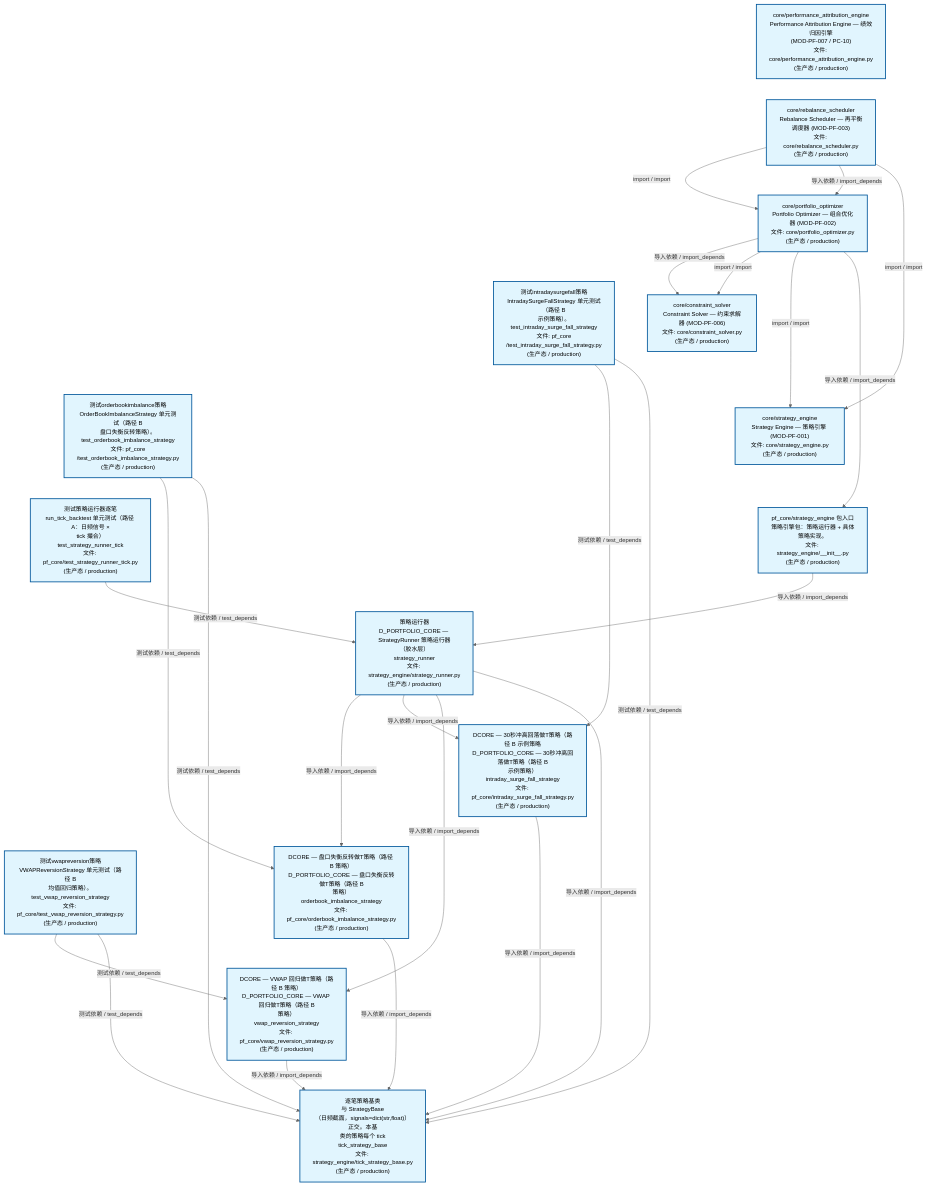
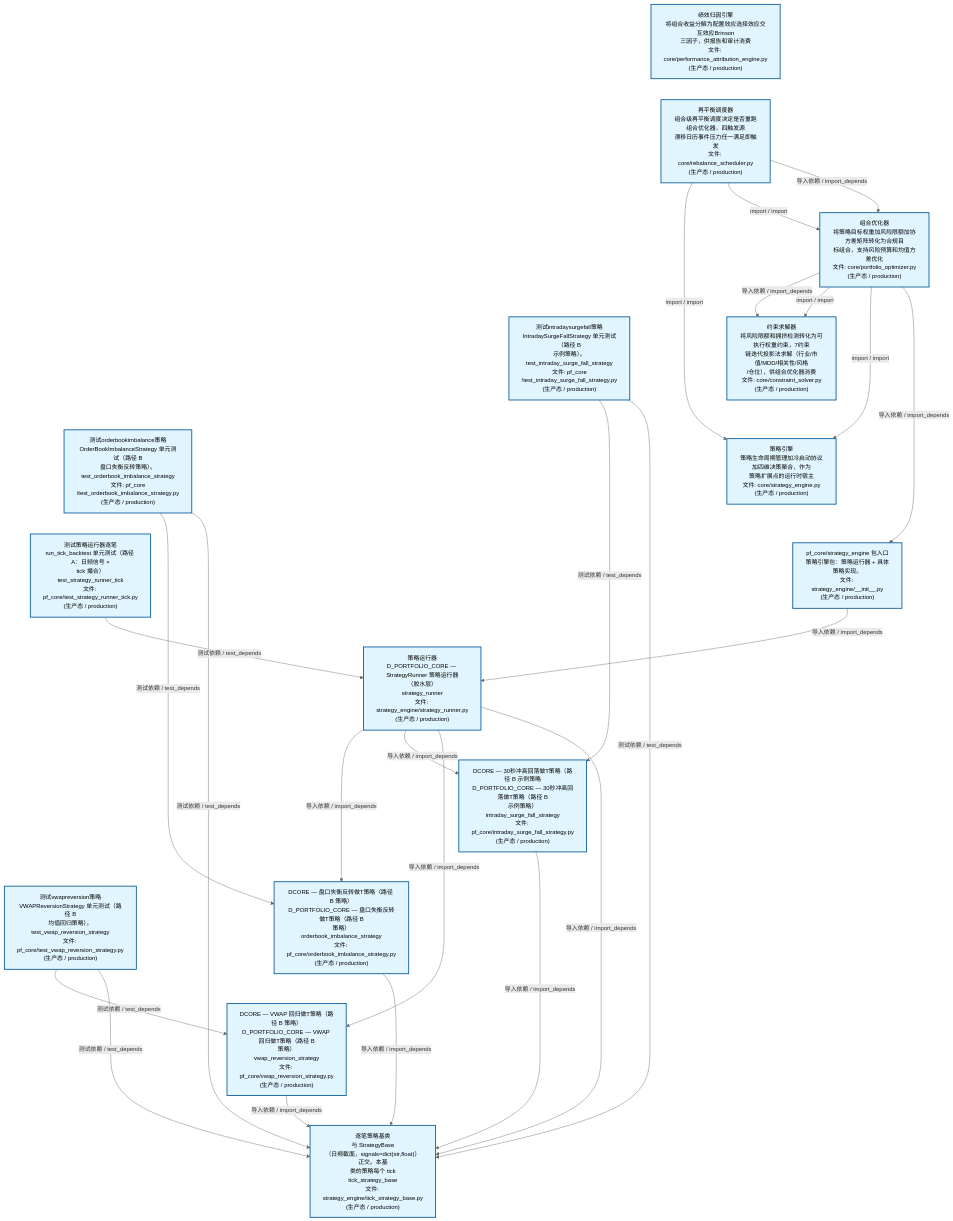
One commit to xuanFelixVan/ZephyrAlpha changed the second of 4 diagrams in docs/02_enterprise_architecture/02_domain_architecture_docs/63_d_pf_core.md. Above: the diagram before and after it, drawn with Mermaid. The commit also changed other lines of this file and 46 other files, not shown here.

````diff
--- a/docs/02_enterprise_architecture/02_domain_architecture_docs/63_d_pf_core.md
+++ b/docs/02_enterprise_architecture/02_domain_architecture_docs/63_d_pf_core.md
@@ -140,55 +140,55 @@
 ```mermaid
 %%{init: {'theme': 'base', 'themeVariables': {'primaryColor': '#eaeaea', 'primaryTextColor': '#333333', 'primaryBorderColor': '#666666', 'lineColor': '#666666', 'secondaryColor': '#eaeaea', 'tertiaryColor': '#eaeaea', 'fontSize': '14px'}}}%%
 flowchart TD
-    src_zephyr_pf_core_core_performance_attribution_engine_py["core/performance_attribution_engine<br/>Performance Attribution Engine — 绩效归因引擎<br/>(MOD-PF-007 / PC-10)<br/>文件: core/performance_attribution_engine.py<br/>(生产态 / production)"]
-    src_zephyr_pf_core_core_rebalance_scheduler_py["core/rebalance_scheduler<br/>Rebalance Scheduler — 再平衡调度器 (MOD-PF-003)<br/>文件: core/rebalance_scheduler.py<br/>(生产态 / production)"]
+    src_zephyr_pf_core_core_performance_attribution_engine_py["绩效归因引擎<br/>将组合收益分解为配置效应选择效应交互效应Brinson<br/>三因子，供报告和审计消费<br/>文件: core/performance_attribution_engine.py<br/>(生产态 / production)"]
+    src_zephyr_pf_core_core_rebalance_scheduler_py["再平衡调度器<br/>组合级再平衡调度决定是否重跑组合优化器，四触发源<br/>漂移日历事件压力任一满足即触发<br/>文件: core/rebalance_scheduler.py<br/>(生产态 / production)"]
     tests_pf_core_test_intraday_surge_fall_strategy_py["测试intradaysurgefall策略<br/>IntradaySurgeFallStrategy 单元测试（路径 B<br/>示例策略）。<br/>test_intraday_surge_fall_strategy<br/>文件: pf_core<br/>/test_intraday_surge_fall_strategy.py<br/>(生产态 / production)"]
     tests_pf_core_test_orderbook_imbalance_strategy_py["测试orderbookimbalance策略<br/>OrderBookImbalanceStrategy 单元测试（路径 B<br/>盘口失衡反转策略）。<br/>test_orderbook_imbalance_strategy<br/>文件: pf_core<br/>/test_orderbook_imbalance_strategy.py<br/>(生产态 / production)"]
     tests_pf_core_test_strategy_runner_tick_py["测试策略运行器逐笔<br/>run_tick_backtest 单元测试（路径 A：日频信号 ×<br/>tick 撮合）<br/>test_strategy_runner_tick<br/>文件: pf_core/test_strategy_runner_tick.py<br/>(生产态 / production)"]
     tests_pf_core_test_vwap_reversion_strategy_py["测试vwapreversion策略<br/>VWAPReversionStrategy 单元测试（路径 B<br/>均值回归策略）。<br/>test_vwap_reversion_strategy<br/>文件: pf_core/test_vwap_reversion_strategy.py<br/>(生产态 / production)"]
     src_zephyr_pf_core_core_performance_attribution_engine_py ~~~ src_zephyr_pf_core_core_rebalance_scheduler_py
     src_zephyr_pf_core_core_rebalance_scheduler_py ~~~ tests_pf_core_test_intraday_surge_fall_strategy_py
     tests_pf_core_test_intraday_surge_fall_strategy_py ~~~ tests_pf_core_test_orderbook_imbalance_strategy_py
     tests_pf_core_test_orderbook_imbalance_strategy_py ~~~ tests_pf_core_test_strategy_runner_tick_py
     tests_pf_core_test_strategy_runner_tick_py ~~~ tests_pf_core_test_vwap_reversion_strategy_py
-    src_zephyr_pf_core_core_portfolio_optimizer_py["core/portfolio_optimizer<br/>Portfolio Optimizer — 组合优化器 (MOD-PF-002)<br/>文件: core/portfolio_optimizer.py<br/>(生产态 / production)"]
-    src_zephyr_pf_core_core_constraint_solver_py["core/constraint_solver<br/>Constraint Solver — 约束求解器 (MOD-PF-006)<br/>文件: core/constraint_solver.py<br/>(生产态 / production)"]
-    src_zephyr_pf_core_core_strategy_engine_py["core/strategy_engine<br/>Strategy Engine — 策略引擎 (MOD-PF-001)<br/>文件: core/strategy_engine.py<br/>(生产态 / production)"]
+    src_zephyr_pf_core_core_portfolio_optimizer_py["组合优化器<br/>将策略目标权重加风险限额加协方差矩阵转化为合规目<br/>标组合，支持风险预算和均值方差优化<br/>文件: core/portfolio_optimizer.py<br/>(生产态 / production)"]
+    src_zephyr_pf_core_core_constraint_solver_py["约束求解器<br/>将风险限额和拥挤检测转化为可执行权重约束，7约束<br/>链迭代投影法求解（行业/市值/MDD/相关性/风格<br/>/仓位），供组合优化器消费<br/>文件: core/constraint_solver.py<br/>(生产态 / production)"]
+    src_zephyr_pf_core_core_strategy_engine_py["策略引擎<br/>策略生命周期管理加冷启动协议加四维决策聚合，作为<br/>策略扩展点的运行时宿主<br/>文件: core/strategy_engine.py<br/>(生产态 / production)"]
     src_zephyr_pf_core_strategy_engine_init_py["pf_core/strategy_engine 包入口<br/>策略引擎包：策略运行器 + 具体策略实现。<br/>文件: strategy_engine/__init__.py<br/>(生产态 / production)"]
     src_zephyr_pf_core_core_constraint_solver_py ~~~ src_zephyr_pf_core_core_strategy_engine_py
     src_zephyr_pf_core_core_strategy_engine_py ~~~ src_zephyr_pf_core_strategy_engine_init_py
     src_zephyr_pf_core_strategy_engine_strategy_runner_py["策略运行器<br/>D_PORTFOLIO_CORE — StrategyRunner 策略运行器<br/>（胶水层）<br/>strategy_runner<br/>文件: strategy_engine/strategy_runner.py<br/>(生产态 / production)"]
     src_zephyr_pf_core_intraday_surge_fall_strategy_py["DCORE — 30秒冲高回落做T策略（路径 B 示例策略<br/>D_PORTFOLIO_CORE — 30秒冲高回落做T策略（路径 B<br/>示例策略）<br/>intraday_surge_fall_strategy<br/>文件: pf_core/intraday_surge_fall_strategy.py<br/>(生产态 / production)"]
     src_zephyr_pf_core_orderbook_imbalance_strategy_py["DCORE — 盘口失衡反转做T策略（路径 B 策略）<br/>D_PORTFOLIO_CORE — 盘口失衡反转做T策略（路径 B<br/>策略）<br/>orderbook_imbalance_strategy<br/>文件: pf_core/orderbook_imbalance_strategy.py<br/>(生产态 / production)"]
     src_zephyr_pf_core_vwap_reversion_strategy_py["DCORE — VWAP 回归做T策略（路径 B 策略）<br/>D_PORTFOLIO_CORE — VWAP 回归做T策略（路径 B<br/>策略）<br/>vwap_reversion_strategy<br/>文件: pf_core/vwap_reversion_strategy.py<br/>(生产态 / production)"]
     src_zephyr_pf_core_intraday_surge_fall_strategy_py ~~~ src_zephyr_pf_core_orderbook_imbalance_strategy_py
     src_zephyr_pf_core_orderbook_imbalance_strategy_py ~~~ src_zephyr_pf_core_vwap_reversion_strategy_py
     src_zephyr_pf_core_strategy_engine_tick_strategy_base_py["逐笔策略基类<br/>与 StrategyBase<br/>（日频截面，signals=dict(str,float)）正交。本基<br/>类的策略每个 tick<br/>tick_strategy_base<br/>文件: strategy_engine/tick_strategy_base.py<br/>(生产态 / production)"]
     src_zephyr_pf_core_orderbook_imbalance_strategy_py -->|导入依赖 / import_depends| src_zephyr_pf_core_strategy_engine_tick_strategy_base_py
     src_zephyr_pf_core_intraday_surge_fall_strategy_py -->|导入依赖 / import_depends| src_zephyr_pf_core_strategy_engine_tick_strategy_base_py
     src_zephyr_pf_core_vwap_reversion_strategy_py -->|导入依赖 / import_depends| src_zephyr_pf_core_strategy_engine_tick_strategy_base_py
+    src_zephyr_pf_core_core_rebalance_scheduler_py -->|import / import| src_zephyr_pf_core_core_strategy_engine_py
+    src_zephyr_pf_core_core_rebalance_scheduler_py -->|import / import| src_zephyr_pf_core_core_portfolio_optimizer_py
+    src_zephyr_pf_core_core_rebalance_scheduler_py -->|导入依赖 / import_depends| src_zephyr_pf_core_core_portfolio_optimizer_py
     src_zephyr_pf_core_core_portfolio_optimizer_py -->|导入依赖 / import_depends| src_zephyr_pf_core_core_constraint_solver_py
     src_zephyr_pf_core_core_portfolio_optimizer_py -->|import / import| src_zephyr_pf_core_core_constraint_solver_py
     src_zephyr_pf_core_core_portfolio_optimizer_py -->|import / import| src_zephyr_pf_core_core_strategy_engine_py
     src_zephyr_pf_core_core_portfolio_optimizer_py -->|导入依赖 / import_depends| src_zephyr_pf_core_strategy_engine_init_py
-    src_zephyr_pf_core_core_rebalance_scheduler_py -->|import / import| src_zephyr_pf_core_core_portfolio_optimizer_py
-    src_zephyr_pf_core_core_rebalance_scheduler_py -->|导入依赖 / import_depends| src_zephyr_pf_core_core_portfolio_optimizer_py
-    src_zephyr_pf_core_core_rebalance_scheduler_py -->|import / import| src_zephyr_pf_core_core_strategy_engine_py
+    src_zephyr_pf_core_strategy_engine_init_py -->|导入依赖 / import_depends| src_zephyr_pf_core_strategy_engine_strategy_runner_py
     src_zephyr_pf_core_strategy_engine_strategy_runner_py -->|导入依赖 / import_depends| src_zephyr_pf_core_orderbook_imbalance_strategy_py
     src_zephyr_pf_core_strategy_engine_strategy_runner_py -->|导入依赖 / import_depends| src_zephyr_pf_core_intraday_surge_fall_strategy_py
     src_zephyr_pf_core_strategy_engine_strategy_runner_py -->|导入依赖 / import_depends| src_zephyr_pf_core_vwap_reversion_strategy_py
     src_zephyr_pf_core_strategy_engine_strategy_runner_py -->|导入依赖 / import_depends| src_zephyr_pf_core_strategy_engine_tick_strategy_base_py
-    src_zephyr_pf_core_strategy_engine_init_py -->|导入依赖 / import_depends| src_zephyr_pf_core_strategy_engine_strategy_runner_py
+    tests_pf_core_test_intraday_surge_fall_strategy_py -->|测试依赖 / test_depends| src_zephyr_pf_core_intraday_surge_fall_strategy_py
+    tests_pf_core_test_intraday_surge_fall_strategy_py -->|测试依赖 / test_depends| src_zephyr_pf_core_strategy_engine_tick_strategy_base_py
     tests_pf_core_test_orderbook_imbalance_strategy_py -->|测试依赖 / test_depends| src_zephyr_pf_core_orderbook_imbalance_strategy_py
     tests_pf_core_test_orderbook_imbalance_strategy_py -->|测试依赖 / test_depends| src_zephyr_pf_core_strategy_engine_tick_strategy_base_py
-    tests_pf_core_test_intraday_surge_fall_strategy_py -->|测试依赖 / test_depends| src_zephyr_pf_core_intraday_surge_fall_strategy_py
-    tests_pf_core_test_intraday_surge_fall_strategy_py -->|测试依赖 / test_depends| src_zephyr_pf_core_strategy_engine_tick_strategy_base_py
+    tests_pf_core_test_strategy_runner_tick_py -->|测试依赖 / test_depends| src_zephyr_pf_core_strategy_engine_strategy_runner_py
     tests_pf_core_test_vwap_reversion_strategy_py -->|测试依赖 / test_depends| src_zephyr_pf_core_vwap_reversion_strategy_py
     tests_pf_core_test_vwap_reversion_strategy_py -->|测试依赖 / test_depends| src_zephyr_pf_core_strategy_engine_tick_strategy_base_py
-    tests_pf_core_test_strategy_runner_tick_py -->|测试依赖 / test_depends| src_zephyr_pf_core_strategy_engine_strategy_runner_py
     classDef production fill:#e1f5fe,stroke:#01579b,stroke-width:2px,color:#000
     classDef design fill:#fff3e0,stroke:#e65100,stroke-width:2px,color:#000,stroke-dasharray: 5 5
     classDef external_prod fill:#e8f4fd,stroke:#0277bd,stroke-width:1px,color:#000
     classDef external_design fill:#fff8e7,stroke:#ef6c00,stroke-width:1px,color:#000,stroke-dasharray: 5 5
     class src_zephyr_pf_core_core_constraint_solver_py,src_zephyr_pf_core_core_performance_attribution_engine_py,src_zephyr_pf_core_core_portfolio_optimizer_py,src_zephyr_pf_core_core_rebalance_scheduler_py,src_zephyr_pf_core_core_strategy_engine_py,src_zephyr_pf_core_intraday_surge_fall_strategy_py,src_zephyr_pf_core_orderbook_imbalance_strategy_py,src_zephyr_pf_core_strategy_engine_init_py,src_zephyr_pf_core_strategy_engine_strategy_runner_py,src_zephyr_pf_core_strategy_engine_tick_strategy_base_py,src_zephyr_pf_core_vwap_reversion_strategy_py,tests_pf_core_test_intraday_surge_fall_strategy_py,tests_pf_core_test_orderbook_imbalance_strategy_py,tests_pf_core_test_strategy_runner_tick_py,tests_pf_core_test_vwap_reversion_strategy_py production
 ```
````
